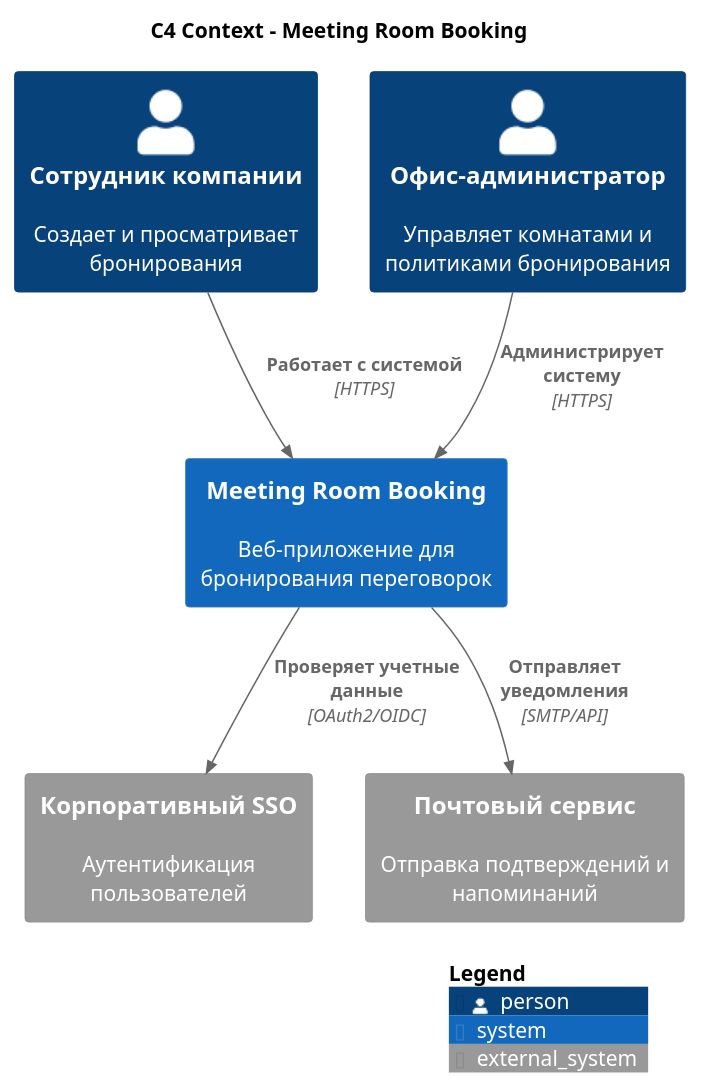
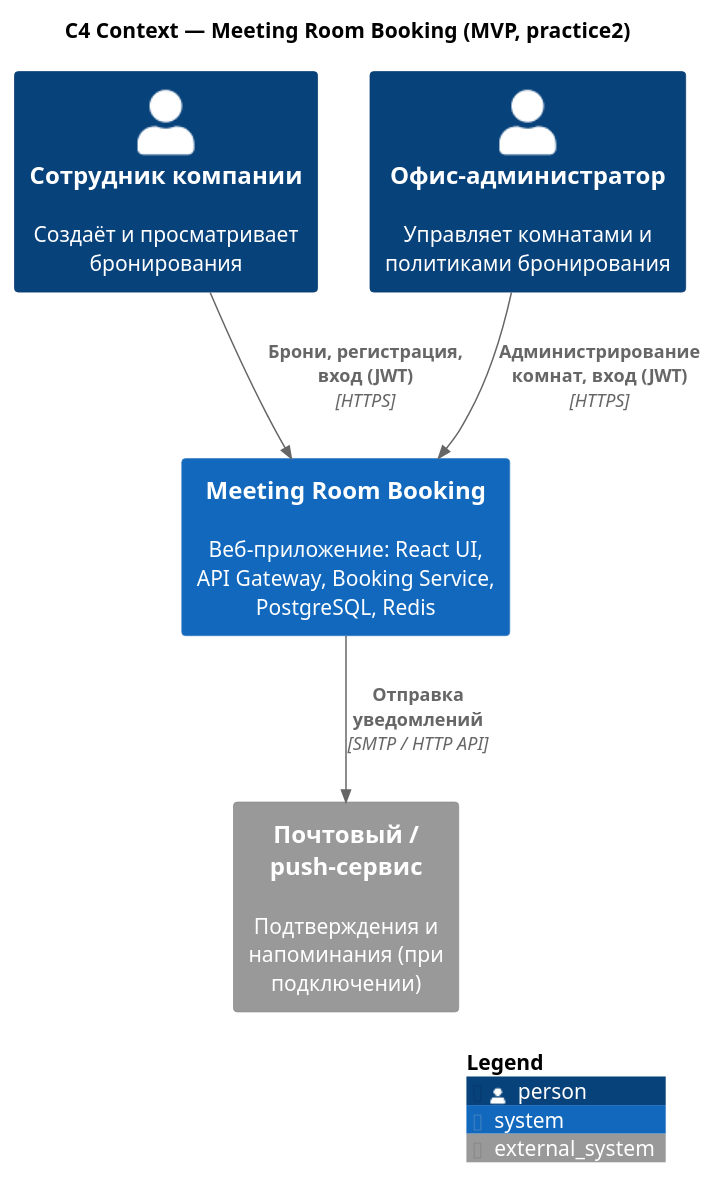
Before and after one commit to SmknSe/IPPO_pr9-12: the diagram in practice1/diagrams/context.puml, drawn with PlantUML. The commit also changed 22 other files, not shown here.

```diff
--- a/practice1/diagrams/context.puml
+++ b/practice1/diagrams/context.puml
@@ -1,19 +1,17 @@
 @startuml
 !include https://raw.githubusercontent.com/plantuml-stdlib/C4-PlantUML/master/C4_Context.puml
 
-title C4 Context - Meeting Room Booking
+title C4 Context — Meeting Room Booking (MVP, practice2)
 
-Person(employee, "Сотрудник компании", "Создает и просматривает бронирования")
+Person(employee, "Сотрудник компании", "Создаёт и просматривает бронирования")
 Person(admin, "Офис-администратор", "Управляет комнатами и политиками бронирования")
 
-System(bookingSystem, "Meeting Room Booking", "Веб-приложение для бронирования переговорок")
-System_Ext(corpSSO, "Корпоративный SSO", "Аутентификация пользователей")
-System_Ext(notifier, "Почтовый сервис", "Отправка подтверждений и напоминаний")
+System(bookingSystem, "Meeting Room Booking", "Веб-приложение: React UI, API Gateway, Booking Service, PostgreSQL, Redis")
+System_Ext(notifier, "Почтовый / push-сервис", "Подтверждения и напоминания (при подключении)")
 
-Rel(employee, bookingSystem, "Работает с системой", "HTTPS")
-Rel(admin, bookingSystem, "Администрирует систему", "HTTPS")
-Rel(bookingSystem, corpSSO, "Проверяет учетные данные", "OAuth2/OIDC")
-Rel(bookingSystem, notifier, "Отправляет уведомления", "SMTP/API")
+Rel(employee, bookingSystem, "Брони, регистрация, вход (JWT)", "HTTPS")
+Rel(admin, bookingSystem, "Администрирование комнат, вход (JWT)", "HTTPS")
+Rel(bookingSystem, notifier, "Отправка уведомлений", "SMTP / HTTP API")
 
 SHOW_LEGEND()
 @enduml
```
